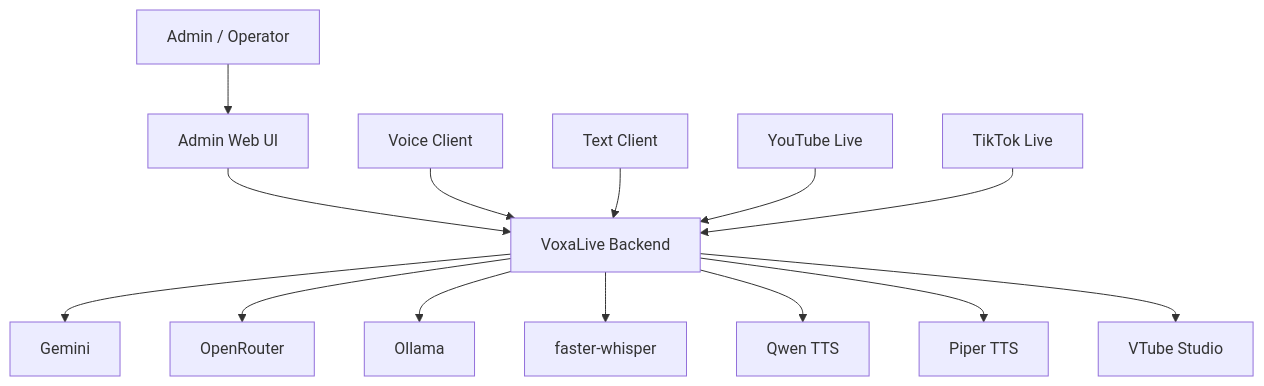
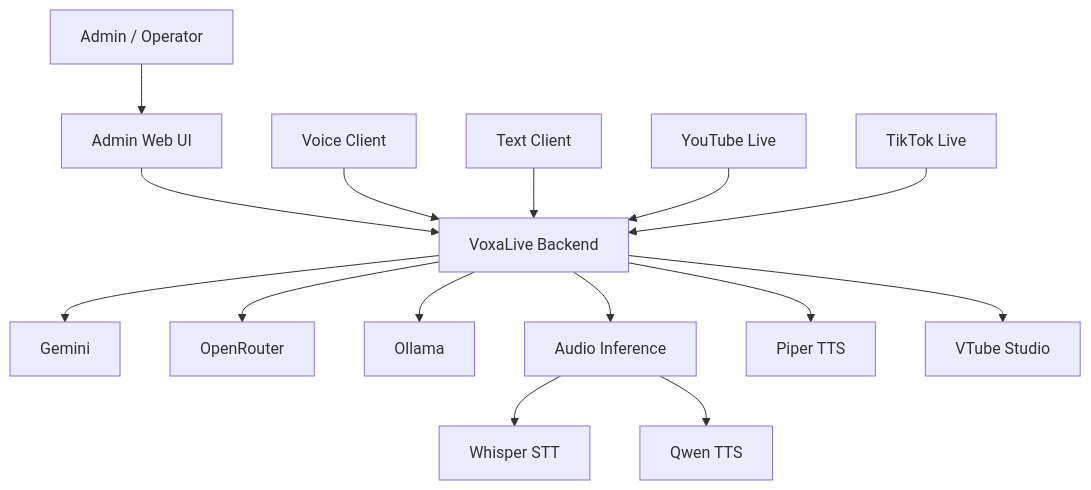
Before and after one commit to Jonathan0823/VoxaLive: the first of 6 diagrams in docs/03_ARCHITECTURE.md, drawn with Mermaid. The commit also changed other lines of this file and 1 other file, not shown here.

First line of the commit message:
docs: update architecture and config docs for audio service

```diff
--- a/docs/03_ARCHITECTURE.md
+++ b/docs/03_ARCHITECTURE.md
@@ -16,19 +16,21 @@
 ~~~mermaid
 flowchart TB
     User[Admin / Operator] --> AdminWeb[Admin Web UI]
     AdminWeb --> Backend[VoxaLive Backend]
 
     VoiceClient[Voice Client] --> Backend
     TextClient[Text Client] --> Backend
     Youtube[YouTube Live] --> Backend
     TikTok[TikTok Live] --> Backend
 
     Backend --> Gemini[Gemini]
     Backend --> OpenRouter[OpenRouter]
     Backend --> Ollama[Ollama]
-    Backend --> Whisper[faster-whisper]
-    Backend --> Qwen[Qwen TTS]
+    Backend --> AudioInf[Audio Inference]
     Backend --> Piper[Piper TTS]
+
+    AudioInf --> Whisper[Whisper STT]
+    AudioInf --> Qwen[Qwen TTS]
 
     Backend --> VTS[VTube Studio]
 ~~~
```
